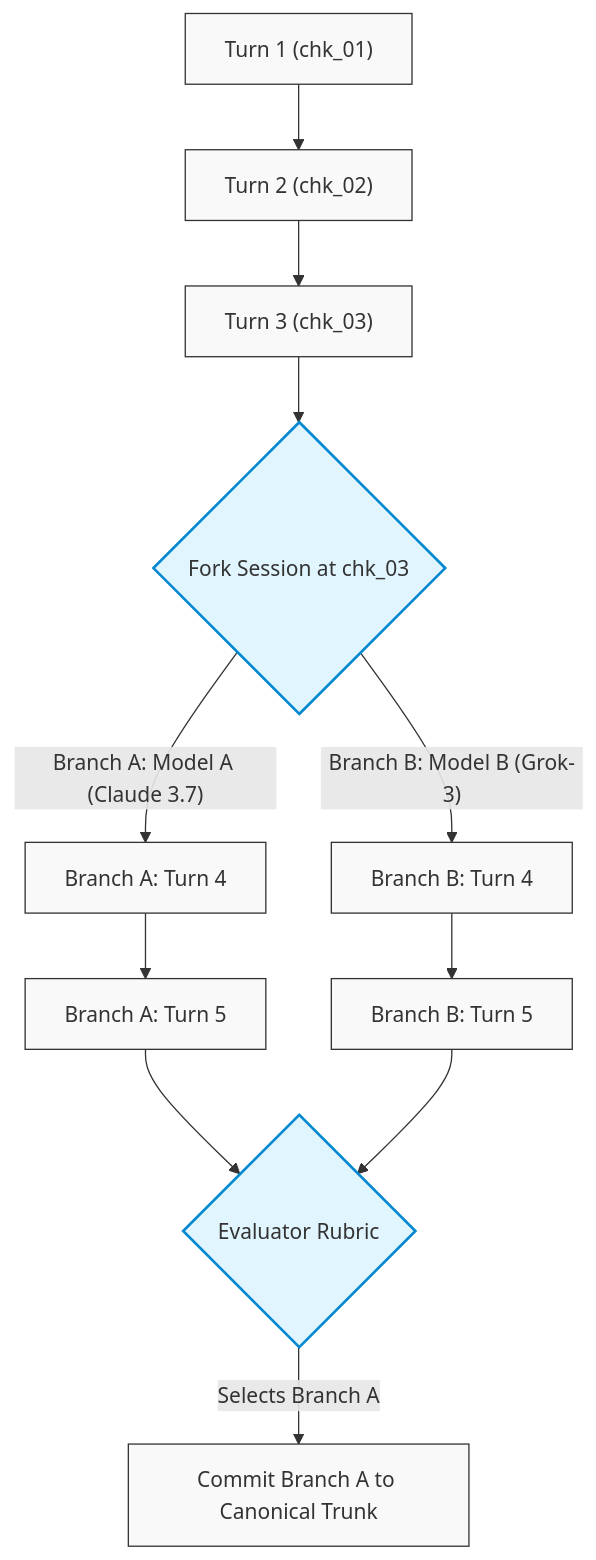
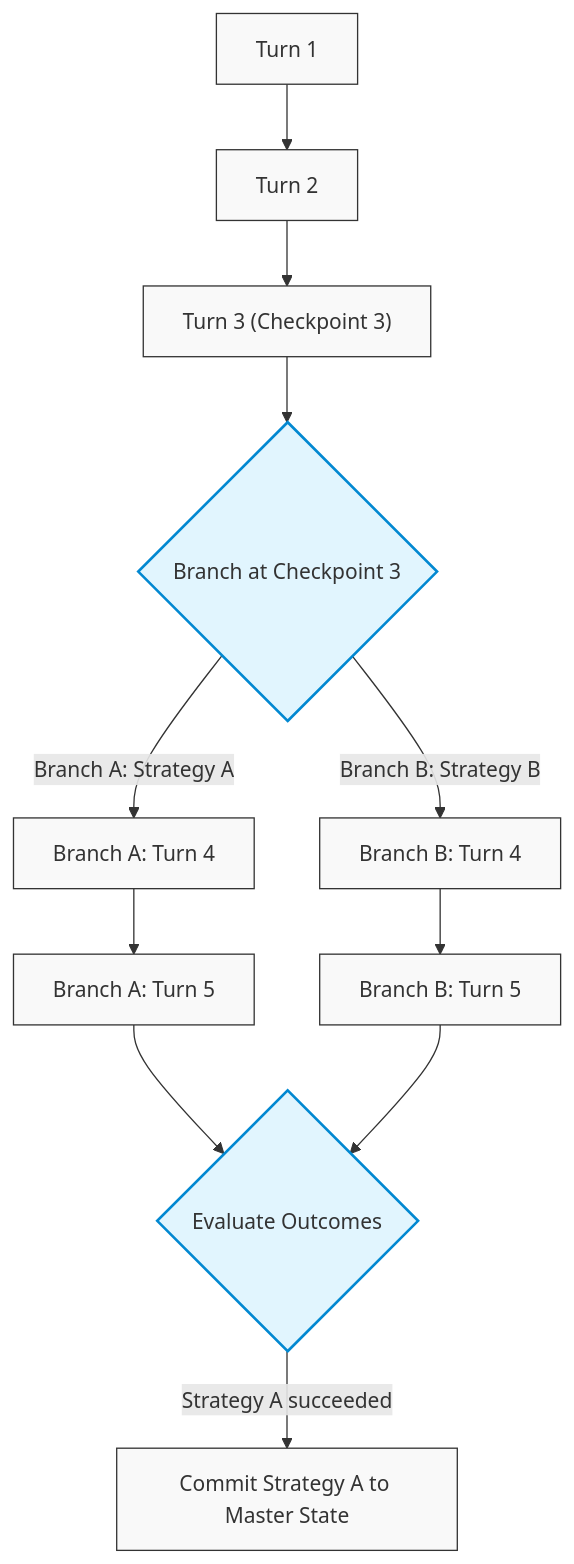
One commit to dip4k/senior-engineer-to-ai-engineer-roadmap changed the fifth of 6 diagrams in 04-agentic-systems-and-orchestration/03-stateful-sessions-and-durable-wal-persistence.md. Above: the diagram before and after it, drawn with Mermaid. The commit also changed other lines of this file and 11 other files, not shown here.

````diff
--- a/04-agentic-systems-and-orchestration/03-stateful-sessions-and-durable-wal-persistence.md
+++ b/04-agentic-systems-and-orchestration/03-stateful-sessions-and-durable-wal-persistence.md
@@ -186,15 +182,14 @@
 ```mermaid
 flowchart TD
     classDef node fill:#f9f9f9,stroke:#333,stroke-width:1px;
     classDef fork fill:#e1f5fe,stroke:#0288d1,stroke-width:2px;
 
-    T1["Turn 1 (chk_01)"]:::node --> T2["Turn 2 (chk_02)"]:::node
-    T2 --> T3["Turn 3 (chk_03)"]:::node
-    T3 --> Fork{"Fork Session at chk_03"}:::fork
+    T1["Turn 1"]:::node --> T2["Turn 2"]:::node --> T3["Turn 3 (Checkpoint 3)"]:::node
+    T3 --> Fork{"Branch at Checkpoint 3"}:::fork
     
-    Fork -->|"Branch A: Model A (Claude 3.7)"| A4["Branch A: Turn 4"]:::node --> A5["Branch A: Turn 5"]:::node
-    Fork -->|"Branch B: Model B (Grok-3)"| B4["Branch B: Turn 4"]:::node --> B5["Branch B: Turn 5"]:::node
+    Fork -->|"Branch A: Strategy A"| A4["Branch A: Turn 4"]:::node --> A5["Branch A: Turn 5"]:::node
+    Fork -->|"Branch B: Strategy B"| B4["Branch B: Turn 4"]:::node --> B5["Branch B: Turn 5"]:::node
     
-    A5 & B5 --> Judge{"Evaluator Rubric"}:::fork
-    Judge -->|"Selects Branch A"| Trunk["Commit Branch A to Canonical Trunk"]:::node
+    A5 & B5 --> Judge{"Evaluate Outcomes"}:::fork
+    Judge -->|"Strategy A succeeded"| Commit["Commit Strategy A to Master State"]:::node
 ```
````
